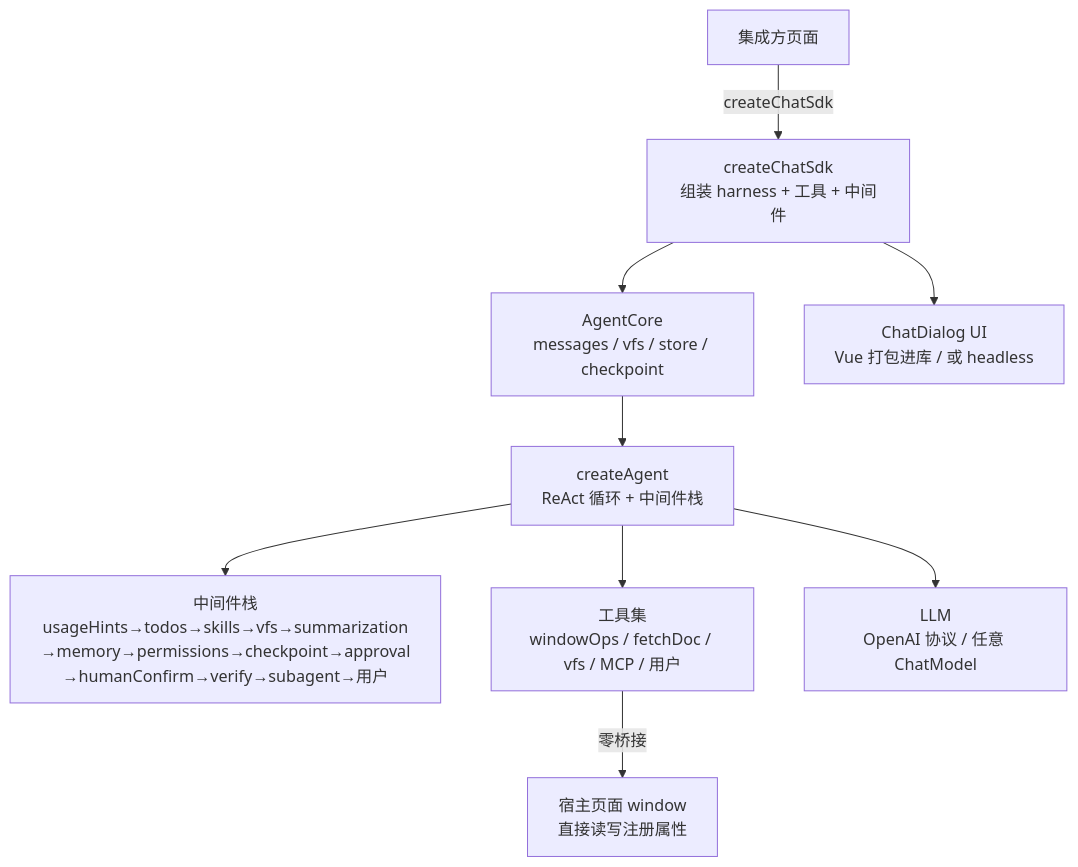
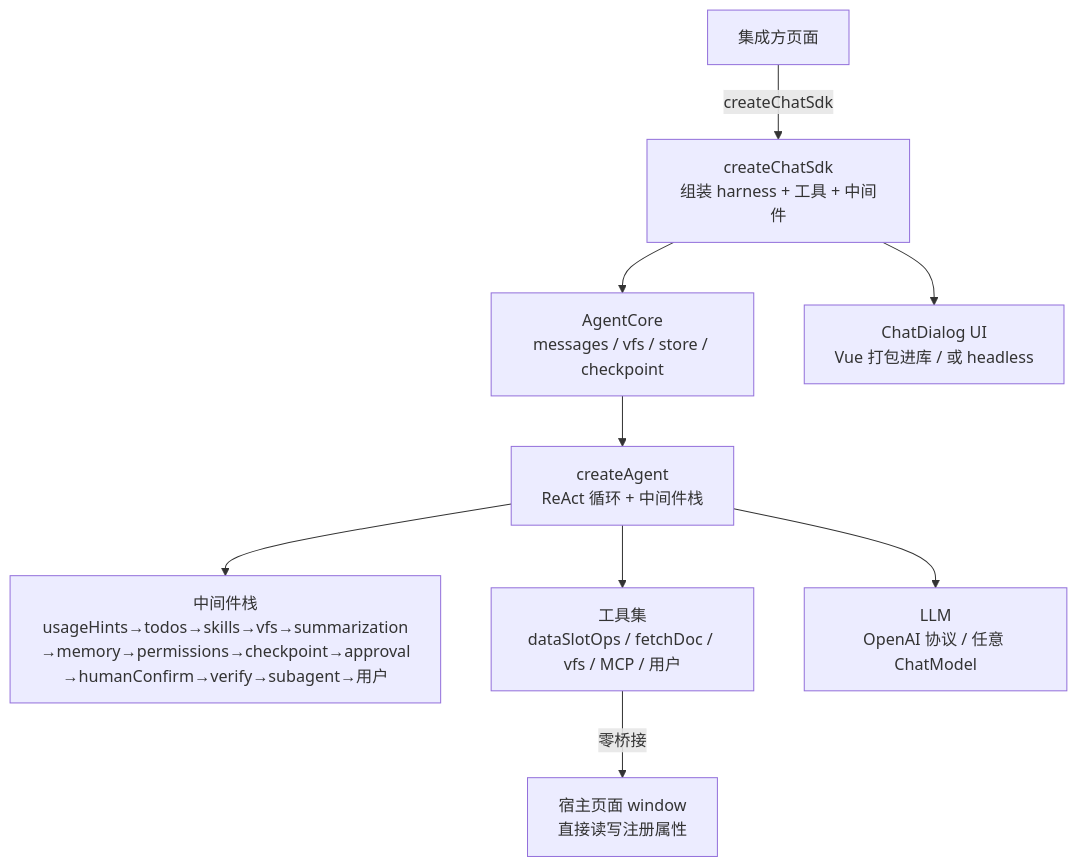
One commit to whyymj/chat-sdk changed the diagram in README.zh-CN.md. Above: the diagram before and after it, drawn with Mermaid. The commit also changed other lines of this file and 88 other files, not shown here.

````diff
--- a/README.zh-CN.md
+++ b/README.zh-CN.md
@@ -235,11 +235,11 @@
 ```mermaid
 flowchart TD
     APP[集成方页面] -->|createChatSdk| SDK[createChatSdk<br/>组装 harness + 工具 + 中间件]
     SDK --> CORE[AgentCore<br/>messages / vfs / store / checkpoint]
     CORE --> AGENT[createAgent<br/>ReAct 循环 + 中间件栈]
     AGENT --> MW[中间件栈<br/>usageHints→todos→skills→vfs→summarization<br/>→memory→permissions→checkpoint→approval<br/>→humanConfirm→verify→subagent→用户]
-    AGENT --> TOOLS[工具集<br/>windowOps / fetchDoc / vfs / MCP / 用户]
+    AGENT --> TOOLS[工具集<br/>dataSlotOps / fetchDoc / vfs / MCP / 用户]
     TOOLS -->|零桥接| WIN[宿主页面 window<br/>直接读写注册属性]
     AGENT --> LLM[LLM<br/>OpenAI 协议 / 任意 ChatModel]
     SDK --> UI[ChatDialog UI<br/>Vue 打包进库 / 或 headless]
 ```
````
